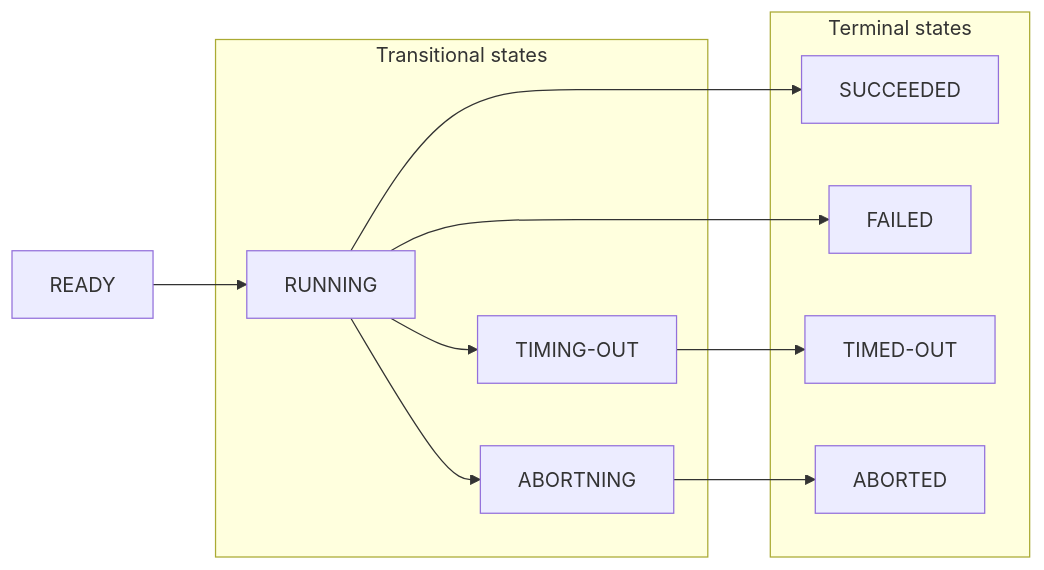
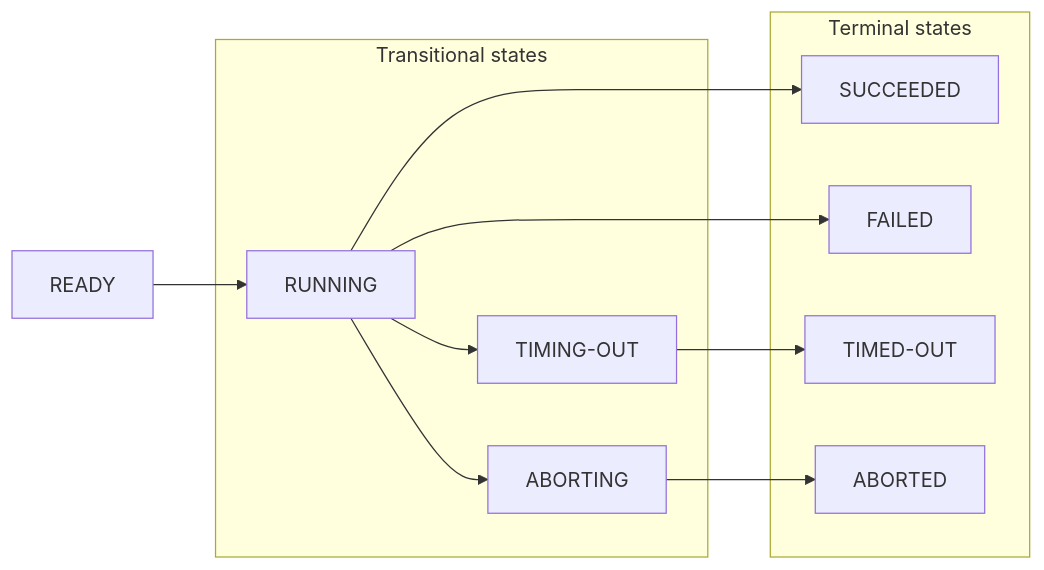
Before and after one commit to apify/apify-docs: the diagram in sources/platform/actors/running/runs_and_builds.md, drawn with Mermaid. The commit also changed other lines of this file and 3 other files, not shown here.

````diff
--- a/sources/platform/actors/running/runs_and_builds.md
+++ b/sources/platform/actors/running/runs_and_builds.md
@@ -44,21 +44,21 @@
 ```mermaid
 flowchart LR
     subgraph Transitional states
         RUNNING
         TIMING-OUT
-        ABORTNING
+        ABORTING
     end
 
     subgraph Terminal states
         SUCCEEDED
         FAILED
         TIMED-OUT
         ABORTED
     end
 
     READY --> RUNNING
               RUNNING --> SUCCEEDED
               RUNNING --> FAILED
               RUNNING --> TIMING-OUT --> TIMED-OUT
-              RUNNING --> ABORTNING --> ABORTED
+              RUNNING --> ABORTING --> ABORTED
 ```
````
